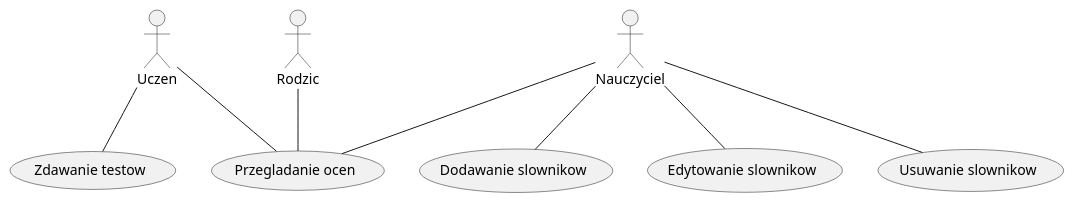
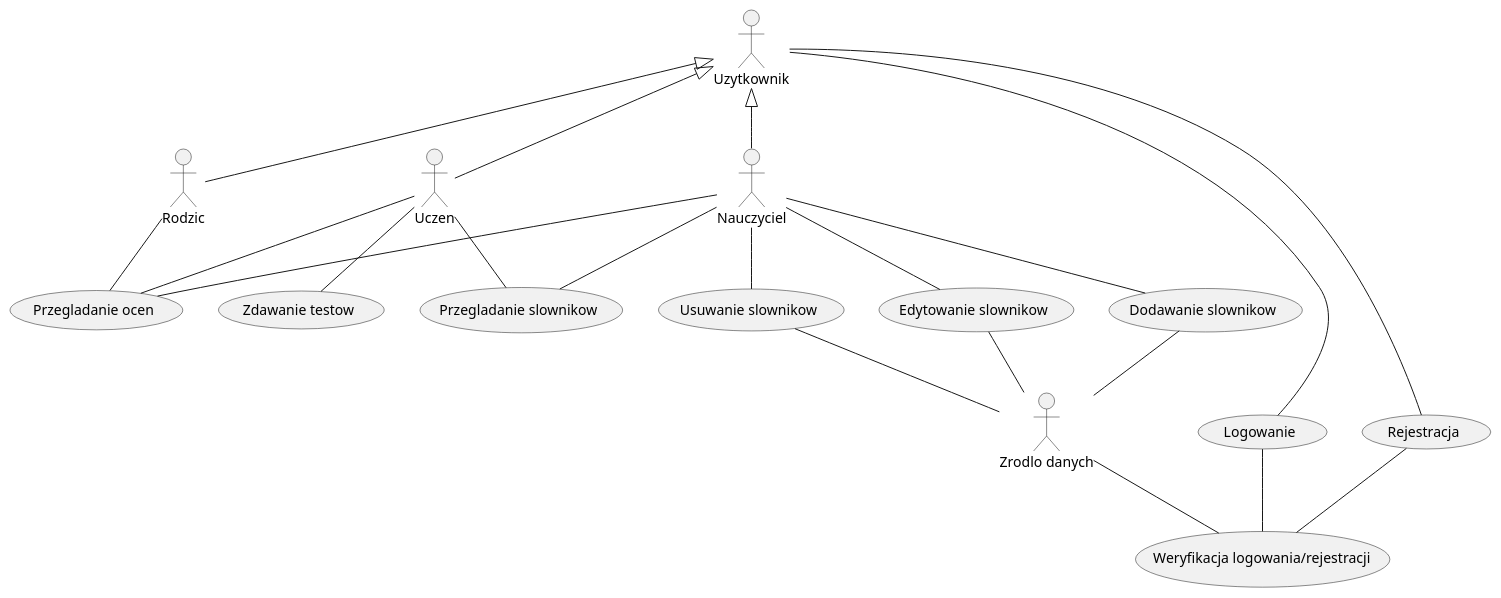
The diagram in przypadkiUzycia.plantuml (KrzychuK121/UMLZaliczeniProjekt), drawn with PlantUML before and after one commit. The commit also changed 2 other files, not shown here.

Commit message:
Wstępnie skończona wersja diagramu przypadków użycia

```diff
--- a/przypadkiUzycia.plantuml
+++ b/przypadkiUzycia.plantuml
@@ -1,26 +1,48 @@
 @startuml
 
+actor Uzytkownik
 actor Uczen
 actor Nauczyciel
 actor Rodzic
+actor "Zrodlo danych" as Dane
+
+usecase Logowanie
+usecase Rejestracja
+usecase "Weryfikacja logowania/rejestracji" as Weryfikacja
 
 usecase "Dodawanie slownikow" as Dodawanie
 usecase "Edytowanie slownikow" as Edytowanie
 usecase "Usuwanie slownikow" as Usuwanie
+usecase "Przegladanie slownikow" as Slowniki
 
 usecase "Przegladanie ocen" as Oceny
 
 usecase "Zdawanie testow" as Testy
 
+Uzytkownik -- Logowanie
+Uzytkownik -- Rejestracja
 
+Nauczyciel -up-|> Uzytkownik
 Nauczyciel -- Dodawanie
 Nauczyciel -- Edytowanie
 Nauczyciel -- Usuwanie
 Nauczyciel -- Oceny
+Nauczyciel -- Slowniki
 
+Dane -up- Dodawanie
+Dane -up- Edytowanie
+Dane -up- Usuwanie
+Dane -- Weryfikacja
+
+Uczen -up-|> Uzytkownik
 Uczen -- Oceny
 Uczen -- Testy
+Uczen -- Slowniki
 
+Rodzic -up-|> Uzytkownik
 Rodzic -- Oceny
 
+Logowanie -- Weryfikacja
+Rejestracja -- Weryfikacja
+
 @enduml
```
